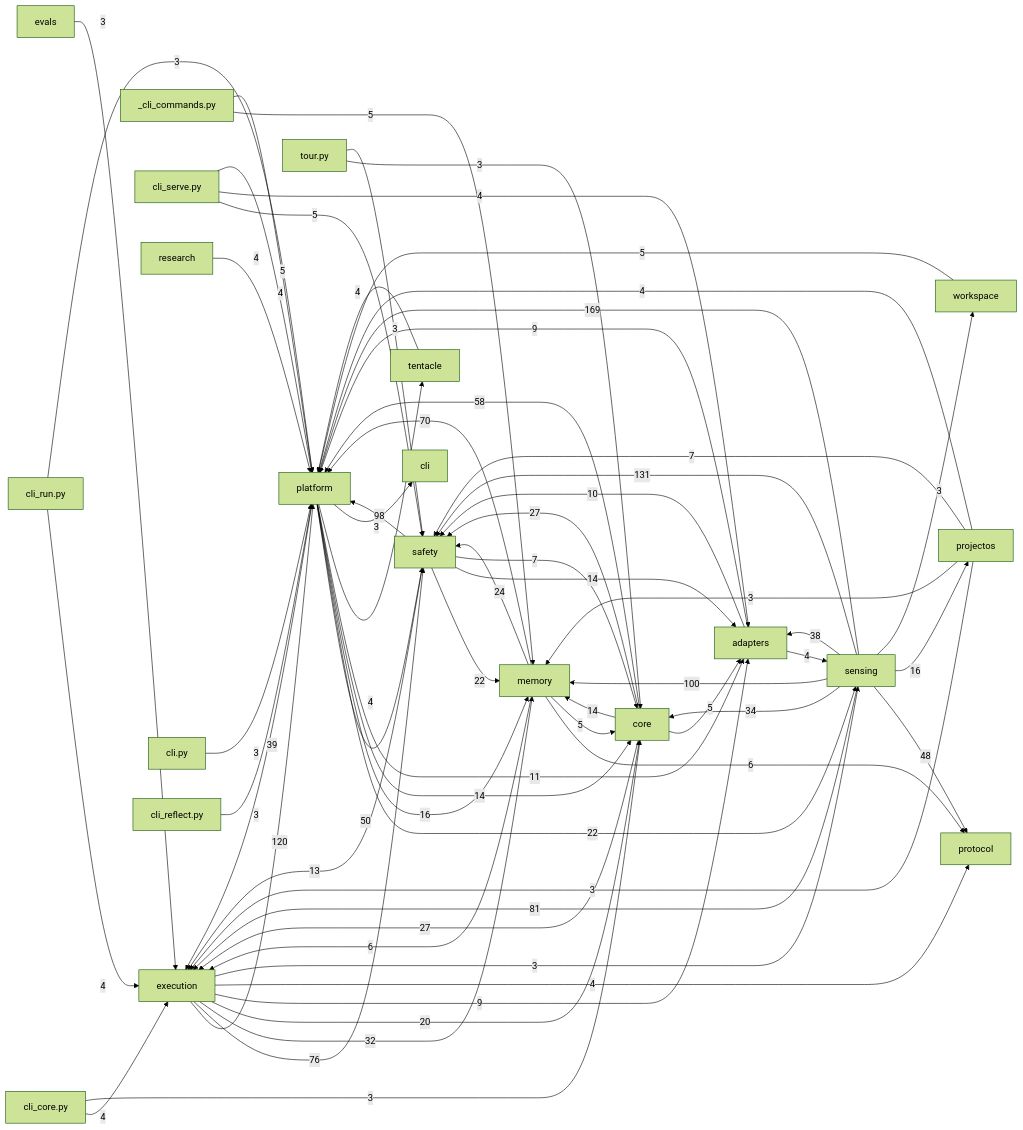
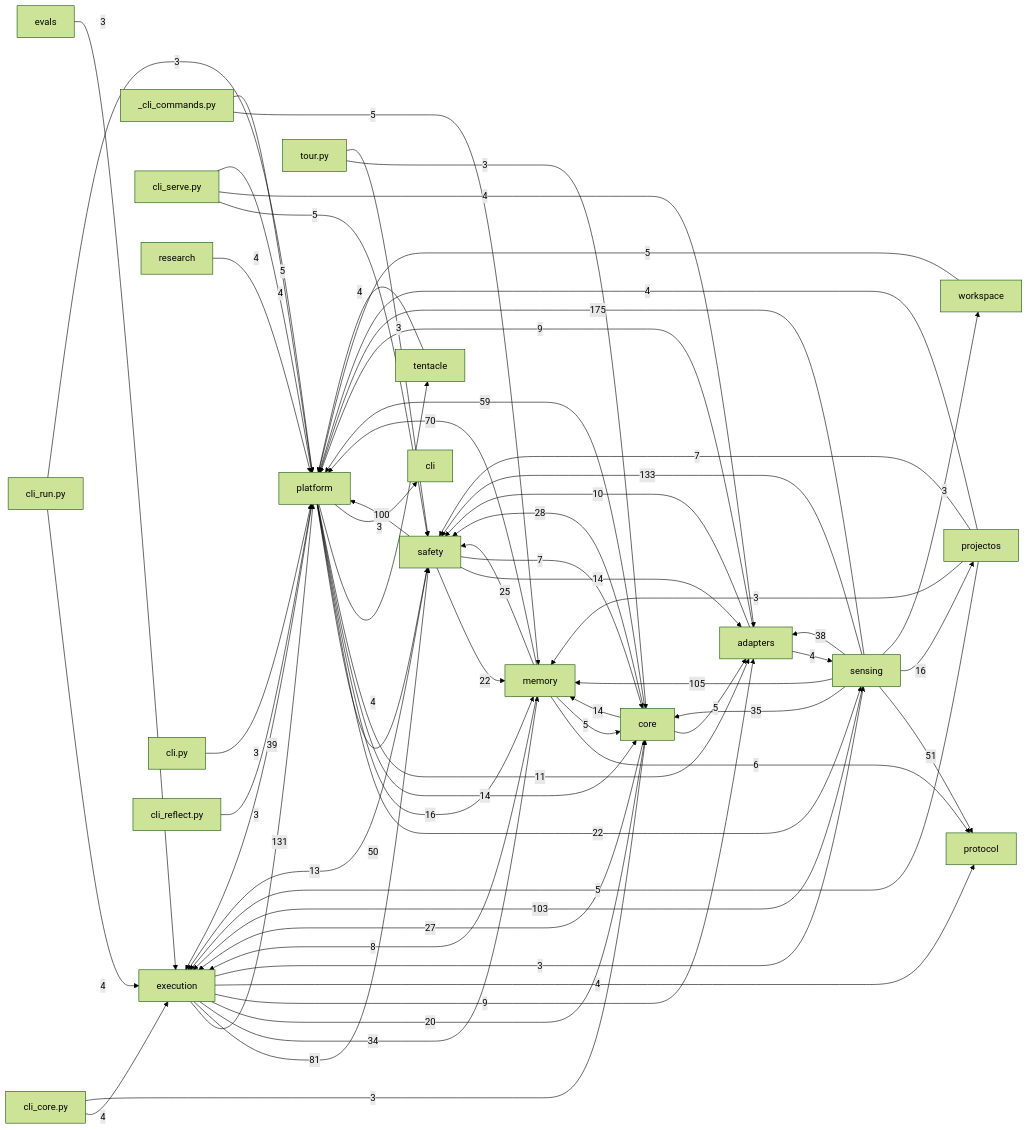
One commit to dengdenghua/octopus-agent changed the diagram in docs/auto/20-backend/index.md. Above: the diagram before and after it, drawn with Mermaid (forest theme). The commit also changed 130 other files, not shown here.

````diff
--- a/docs/auto/20-backend/index.md
+++ b/docs/auto/20-backend/index.md
@@ -26,73 +26,73 @@
 ```mermaid
 graph LR
   execution[execution]
   core[core]
   safety[safety]
   memory[memory]
   sensing[sensing]
   adapters[adapters]
   platform[platform]
-  sensing -- 169 --> platform
-  sensing -- 131 --> safety
-  execution -- 120 --> platform
-  sensing -- 100 --> memory
-  safety -- 98 --> platform
-  sensing -- 81 --> execution
-  execution -- 76 --> safety
+  sensing -- 175 --> platform
+  sensing -- 133 --> safety
+  execution -- 131 --> platform
+  sensing -- 105 --> memory
+  sensing -- 103 --> execution
+  safety -- 100 --> platform
+  execution -- 81 --> safety
   memory -- 70 --> platform
-  core -- 58 --> platform
+  core -- 59 --> platform
+  sensing -- 51 --> protocol
   platform -- 50 --> safety
-  sensing -- 48 --> protocol
   platform -- 39 --> execution
   sensing -- 38 --> adapters
-  sensing -- 34 --> core
-  execution -- 32 --> memory
+  sensing -- 35 --> core
+  execution -- 34 --> memory
+  core -- 28 --> safety
   core -- 27 --> execution
-  core -- 27 --> safety
-  memory -- 24 --> safety
+  memory -- 25 --> safety
   platform -- 22 --> sensing
   safety -- 22 --> memory
   execution -- 20 --> core
   platform -- 16 --> memory
   sensing -- 16 --> projectos
   core -- 14 --> memory
   platform -- 14 --> core
   safety -- 14 --> adapters
   safety -- 13 --> execution
   platform -- 11 --> adapters
   adapters -- 10 --> safety
   adapters -- 9 --> platform
   execution -- 9 --> adapters
+  memory -- 8 --> execution
   projectos -- 7 --> safety
   safety -- 7 --> core
-  memory -- 6 --> execution
   memory -- 6 --> protocol
   _cli_commands.py -- 5 --> memory
   _cli_commands.py -- 5 --> platform
   cli_serve.py -- 5 --> safety
   core -- 5 --> adapters
   memory -- 5 --> core
+  projectos -- 5 --> execution
   workspace -- 5 --> platform
   adapters -- 4 --> sensing
   cli_core.py -- 4 --> execution
   cli_run.py -- 4 --> execution
   cli_serve.py -- 4 --> adapters
   cli_serve.py -- 4 --> platform
   execution -- 4 --> protocol
   platform -- 4 --> tentacle
   projectos -- 4 --> platform
   research -- 4 --> platform
   tentacle -- 4 --> platform
   cli.py -- 3 --> platform
   cli_core.py -- 3 --> core
   cli_reflect.py -- 3 --> platform
   cli_run.py -- 3 --> platform
   evals -- 3 --> execution
   execution -- 3 --> sensing
   platform -- 3 --> cli
-  projectos -- 3 --> execution
   projectos -- 3 --> memory
   sensing -- 3 --> workspace
   tour.py -- 3 --> core
   tour.py -- 3 --> safety
 ```
````
